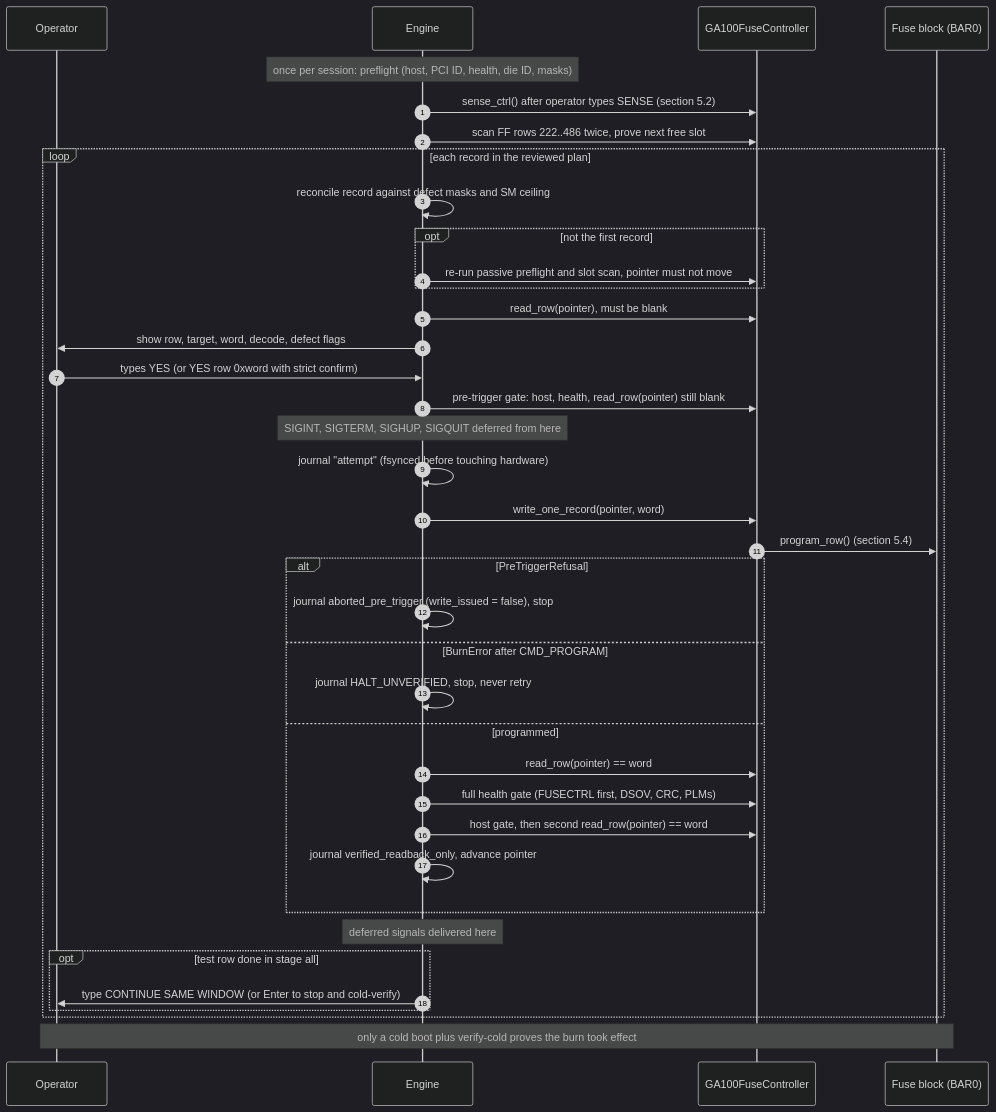
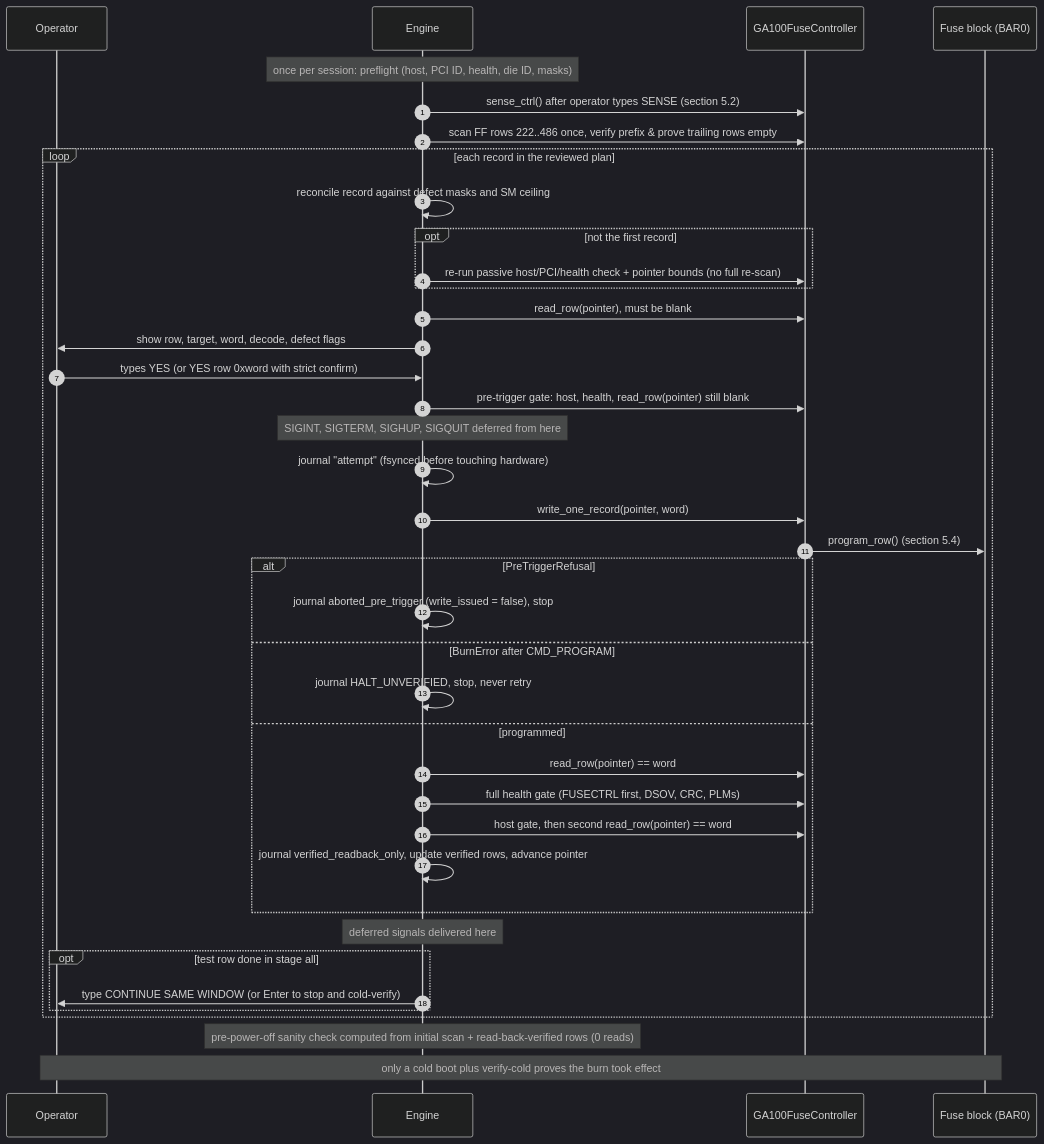
Before and after one commit to scrameta/cmp170hx-burn-tool: the seventh of 8 diagrams in docs/FUSE_CONTROLLER.md, drawn with Mermaid (dark theme). The commit also changed 5 other files, not shown here.

Commit message:
Cut redundant FPF CMD_READ sweeps to single initial pass plus verified tracking

````diff
--- a/docs/FUSE_CONTROLLER.md
+++ b/docs/FUSE_CONTROLLER.md
@@ -377,41 +377,42 @@
 ```mermaid
 sequenceDiagram
     autonumber
     participant Op as Operator
     participant Eng as Engine
     participant Ctl as GA100FuseController
     participant FUSE as Fuse block (BAR0)
 
     Note over Eng: once per session: preflight (host, PCI ID, health, die ID, masks)
     Eng->>Ctl: sense_ctrl() after operator types SENSE (section 5.2)
-    Eng->>Ctl: scan FF rows 222..486 twice, prove next free slot
+    Eng->>Ctl: scan FF rows 222..486 once, verify prefix & prove trailing rows empty
     loop each record in the reviewed plan
         Eng->>Eng: reconcile record against defect masks and SM ceiling
         opt not the first record
-            Eng->>Ctl: re-run passive preflight and slot scan, pointer must not move
+            Eng->>Ctl: re-run passive host/PCI/health check + pointer bounds (no full re-scan)
         end
         Eng->>Ctl: read_row(pointer), must be blank
         Eng->>Op: show row, target, word, decode, defect flags
         Op->>Eng: types YES (or YES row 0xword with strict confirm)
         Eng->>Ctl: pre-trigger gate: host, health, read_row(pointer) still blank
         Note over Eng: SIGINT, SIGTERM, SIGHUP, SIGQUIT deferred from here
         Eng->>Eng: journal "attempt" (fsynced before touching hardware)
         Eng->>Ctl: write_one_record(pointer, word)
         Ctl->>FUSE: program_row() (section 5.4)
         alt PreTriggerRefusal
             Eng->>Eng: journal aborted_pre_trigger (write_issued = false), stop
         else BurnError after CMD_PROGRAM
             Eng->>Eng: journal HALT_UNVERIFIED, stop, never retry
         else programmed
             Eng->>Ctl: read_row(pointer) == word
             Eng->>Ctl: full health gate (FUSECTRL first, DSOV, CRC, PLMs)
             Eng->>Ctl: host gate, then second read_row(pointer) == word
-            Eng->>Eng: journal verified_readback_only, advance pointer
+            Eng->>Eng: journal verified_readback_only, update verified rows, advance pointer
         end
         Note over Eng: deferred signals delivered here
         opt test row done in stage all
             Eng->>Op: type CONTINUE SAME WINDOW (or Enter to stop and cold-verify)
         end
     end
+    Note over Eng: pre-power-off sanity check computed from initial scan + read-back-verified rows (0 reads)
     Note over Op,FUSE: only a cold boot plus verify-cold proves the burn took effect
 ```
````
